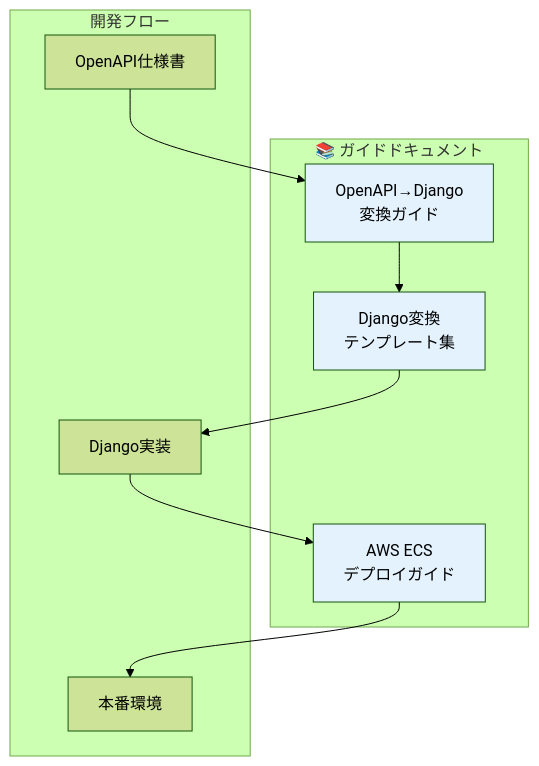
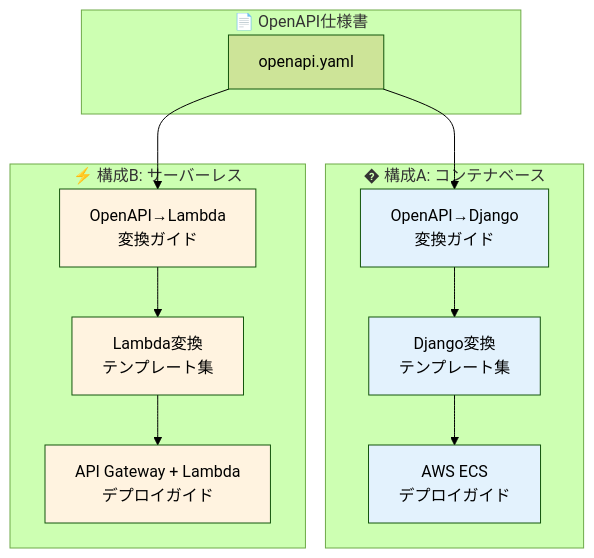
Before and after one commit to sattva-improve/auto_deploy: the first of 5 diagrams in docs/guides/index.md, drawn with Mermaid (forest theme). The commit also changed other lines of this file and 4 other files, not shown here.

First line of the commit message:
Add OpenAPI to AWS Lambda conversion guide and update overview documentation

````diff
--- a/docs/guides/index.md
+++ b/docs/guides/index.md
@@ -17,20 +22,32 @@
 ```mermaid
 flowchart TB
-    subgraph Guides["📚 ガイドドキュメント"]
-        A[OpenAPI→Django<br>変換ガイド]
-        B[Django変換<br>テンプレート集]
-        C[AWS ECS<br>デプロイガイド]
+    subgraph OpenAPI["📄 OpenAPI仕様書"]
+        SPEC[openapi.yaml]
     end
     
-    subgraph Flow["開発フロー"]
-        D[OpenAPI仕様書] --> A
-        A --> B
-        B --> E[Django実装]
-        E --> C
-        C --> F[本番環境]
+    subgraph ContainerBased["� 構成A: コンテナベース"]
+        A1[OpenAPI→Django<br>変換ガイド]
+        A2[Django変換<br>テンプレート集]
+        A3[AWS ECS<br>デプロイガイド]
     end
     
-    style A fill:#e3f2fd
-    style B fill:#e3f2fd
-    style C fill:#e3f2fd
+    subgraph Serverless["⚡ 構成B: サーバーレス"]
+        B1[OpenAPI→Lambda<br>変換ガイド]
+        B2[Lambda変換<br>テンプレート集]
+        B3[API Gateway + Lambda<br>デプロイガイド]
+    end
+    
+    SPEC --> A1
+    SPEC --> B1
+    A1 --> A2
+    A2 --> A3
+    B1 --> B2
+    B2 --> B3
+    
+    style A1 fill:#e3f2fd
+    style A2 fill:#e3f2fd
+    style A3 fill:#e3f2fd
+    style B1 fill:#fff3e0
+    style B2 fill:#fff3e0
+    style B3 fill:#fff3e0
 ```
````
